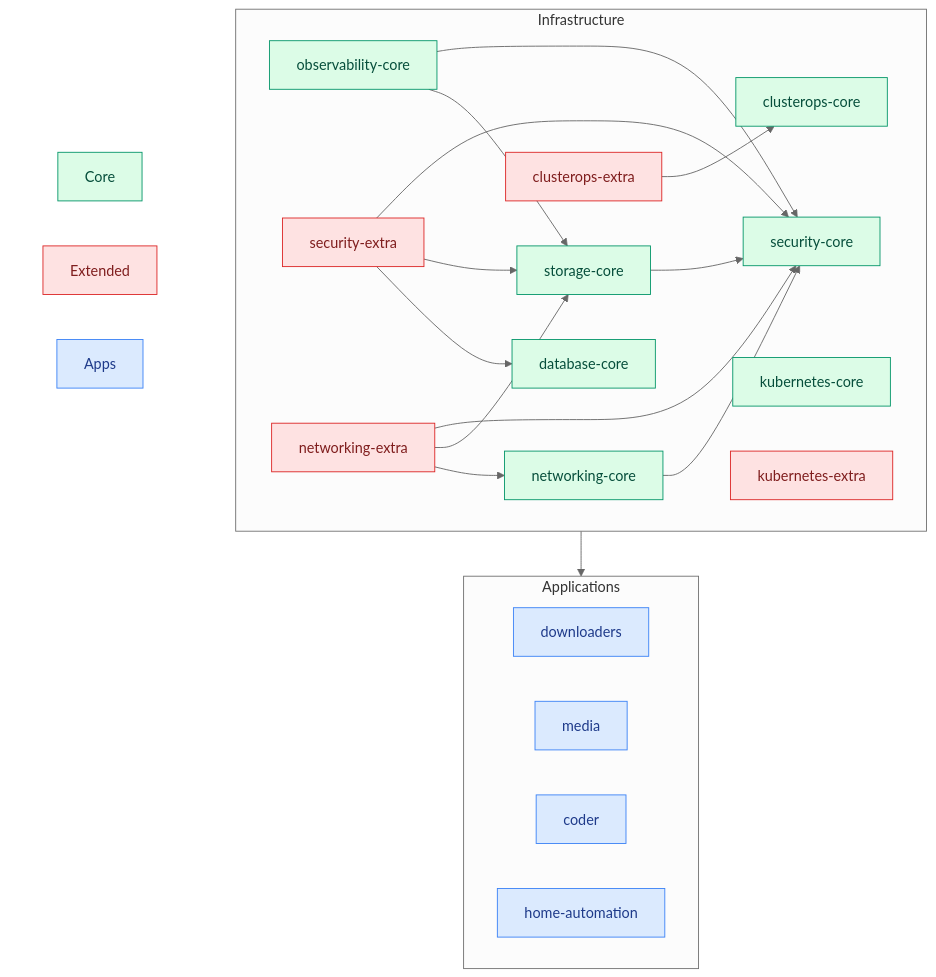
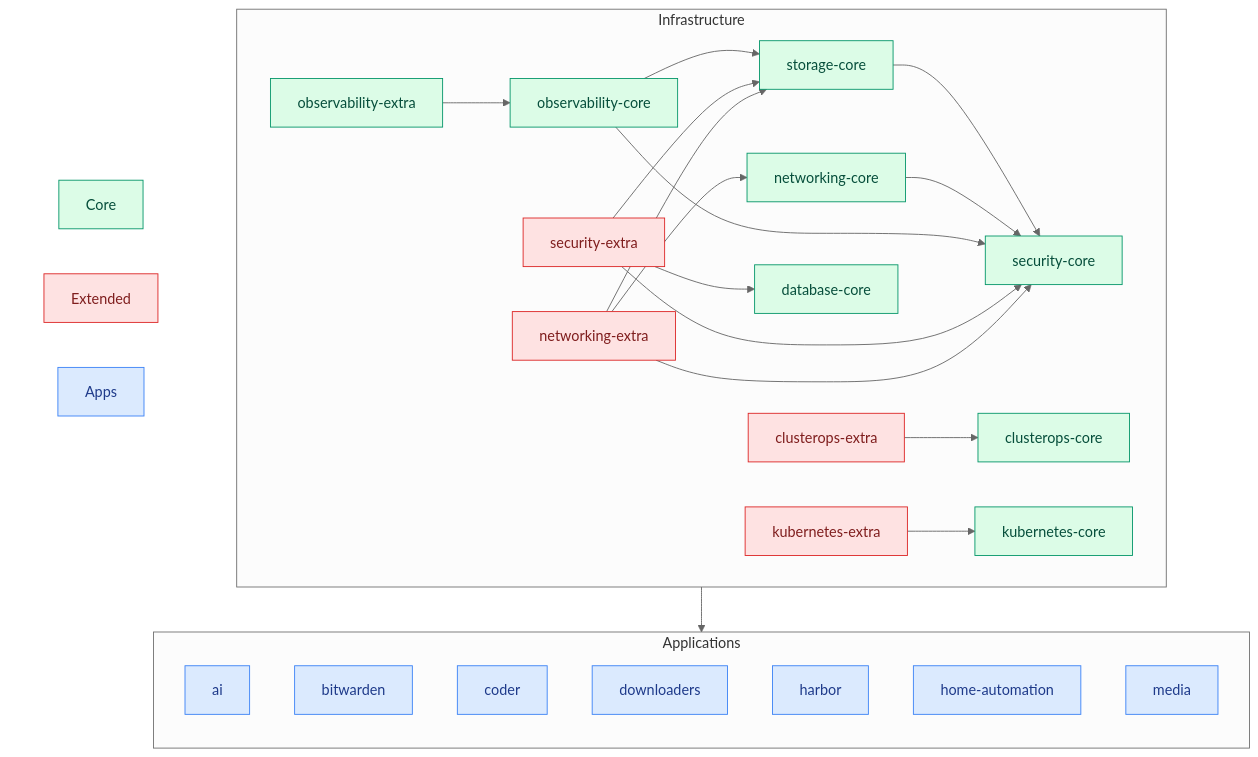
One commit to ppat/homelab-ops-kubernetes-apps changed the fourth of 8 diagrams in projectBrief.md. Above: the diagram before and after it, drawn with Mermaid (neutral theme). The commit also changed other lines of this file and 3 other files, not shown here.

````diff
--- a/projectBrief.md
+++ b/projectBrief.md
@@ -226,56 +226,62 @@
 ```mermaid
 flowchart TB
     %% Color scheme with better contrast
     classDef core fill:#dcfce7,stroke:#059669,color:#064e3b
     classDef extra fill:#fee2e2,stroke:#dc2626,color:#7f1d1d
     classDef apps fill:#dbeafe,stroke:#3b82f6,color:#1e3a8a
     classDef subgraphStyle fill:#ffffff,stroke:#94a3b8,color:#334155
     classDef legend fill:none,stroke:none
 
     subgraph Infrastructure["Infrastructure"]
         %% Core Components
         security-core[security-core]:::core
         storage-core[storage-core]:::core
         kubernetes-core[kubernetes-core]:::core
         networking-core[networking-core]:::core
         clusterops-core[clusterops-core]:::core
         observability-core[observability-core]:::core
         database-core[database-core]:::core
 
         %% Extended Components
         kubernetes-extra[kubernetes-extra]:::extra
         clusterops-extra[clusterops-extra]:::extra
         security-extra[security-extra]:::extra
         networking-extra[networking-extra]:::extra
+        observability-extra[observability-extra]:::core
     end
 
     %% Core Dependencies
     storage-core & networking-core & observability-core --> security-core
     observability-core --> storage-core
 
     %% Extra Dependencies
     clusterops-extra --> clusterops-core
     security-extra --> security-core & storage-core & database-core
     networking-extra --> security-core & storage-core & networking-core
+    observability-extra --> observability-core
+    kubernetes-extra --> kubernetes-core
 
     subgraph Apps["Applications"]
-        direction LR
+        direction TB
+        apps-ai[ai]:::apps
+        apps-bitwarden[bitwarden]:::apps
+        apps-coder[coder]:::apps
         apps-downloaders[downloaders]:::apps
+        apps-harbor[harbor]:::apps
+        apps-home-automation[home-automation]:::apps
         apps-media[media]:::apps
-        apps-coder[coder]:::apps
-        apps-home-automation[home-automation]:::apps
     end
 
     %% Main dependency
     Infrastructure --> Apps
 
     %% Simple legend at bottom
     subgraph Legend[" "]
         direction LR
         leg_core[Core]:::core
         leg_extra[Extended]:::extra
         leg_apps[Apps]:::apps
     end
 
     class Legend legend
 ```
````
